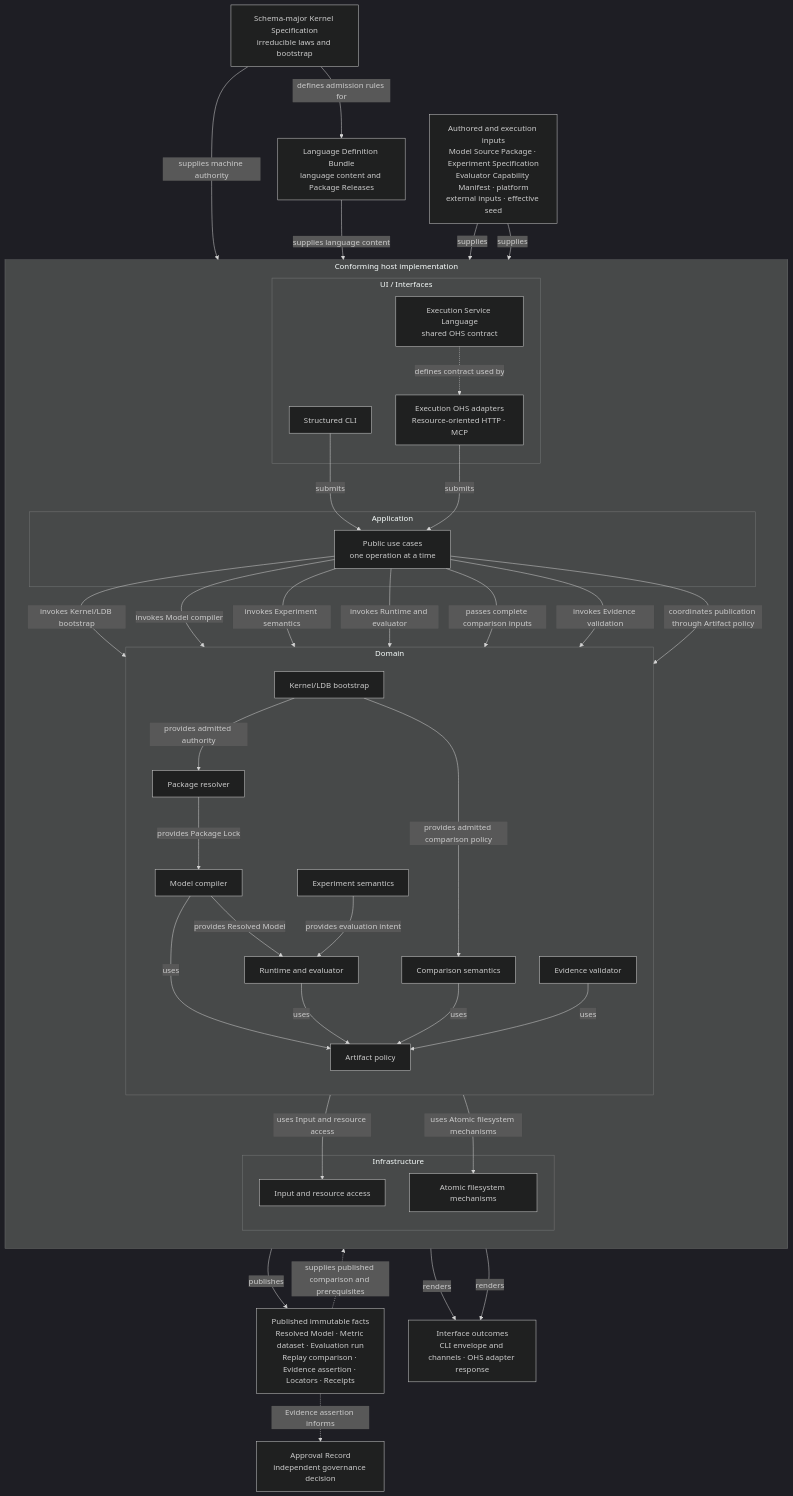
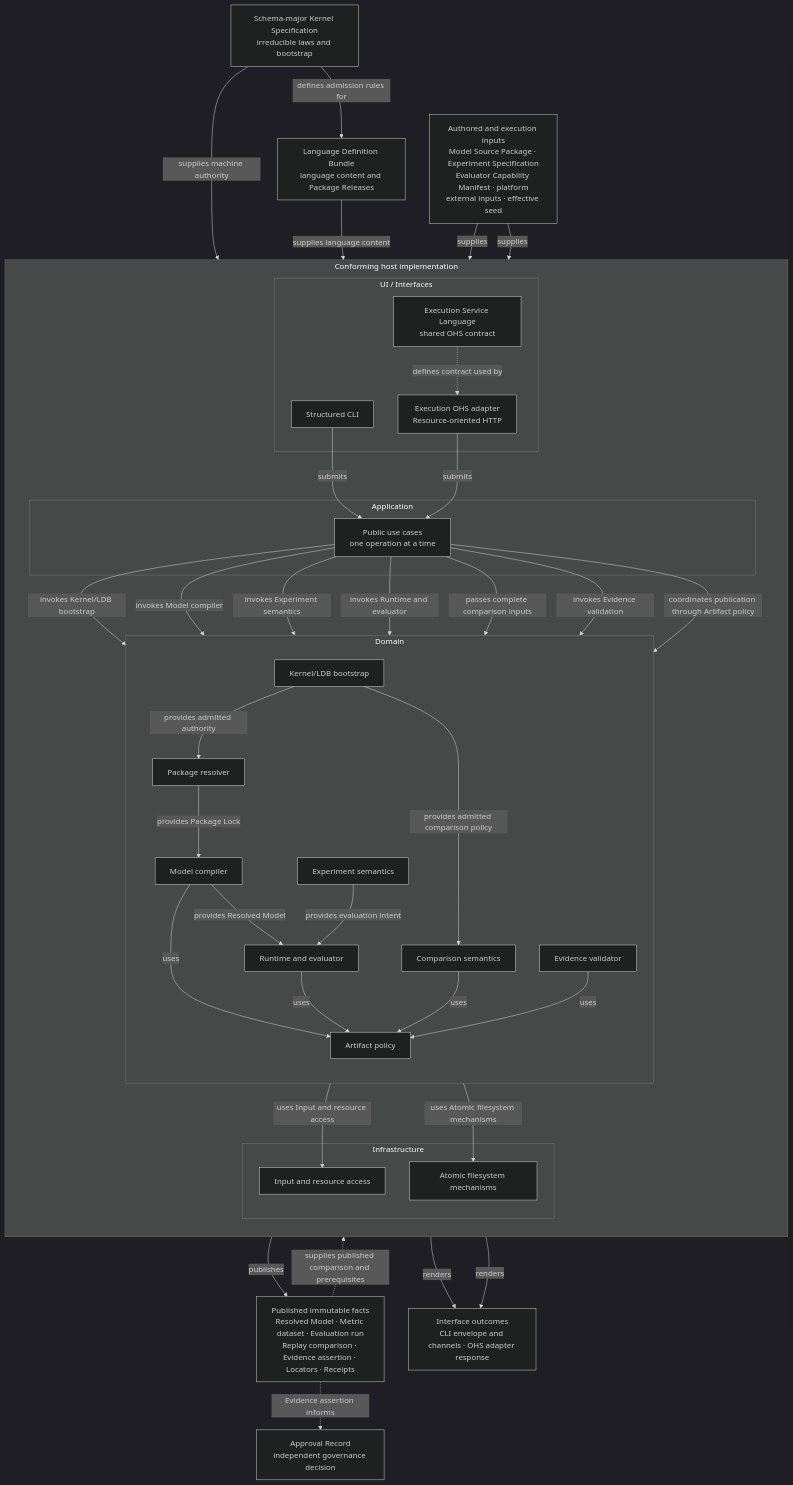
Before and after one commit to aigengame/godot-agent: the first of 4 diagrams in libs/gda-balancing/docs/ARCHITECTURE.md, drawn with Mermaid (dark theme). The commit also changed other lines of this file and 3 other files, not shown here.

````diff
--- a/libs/gda-balancing/docs/ARCHITECTURE.md
+++ b/libs/gda-balancing/docs/ARCHITECTURE.md
@@ -152,73 +152,73 @@
 ```mermaid
 flowchart TB
     K["Schema-major Kernel Specification<br/>irreducible laws and bootstrap"]
     L["Language Definition Bundle<br/>language content and Package Releases"]
     H["Authored and execution inputs<br/>Model Source Package · Experiment Specification<br/>Evaluator Capability Manifest · platform<br/>external inputs · effective seed"]
 
     K -->|"defines admission rules for"| L
 
     subgraph HOST["Conforming host implementation"]
         direction TB
         subgraph UI["UI / Interfaces"]
             U["Structured CLI"]
-            T["Execution OHS adapters<br/>Resource-oriented HTTP · MCP"]
+            T["Execution OHS adapter<br/>Resource-oriented HTTP"]
             E["Execution Service Language<br/>shared OHS contract"]
 
             E -. "defines contract used by" .-> T
         end
         subgraph APP["Application"]
             A["Public use cases<br/>one operation at a time"]
         end
         subgraph DOM["Domain"]
             direction TB
             B["Kernel/LDB bootstrap"]
             P["Package resolver"]
             C["Model compiler"]
             X["Experiment semantics"]
             R["Runtime and evaluator"]
             M["Comparison semantics"]
             V["Evidence validator"]
             Q["Artifact policy"]
 
             B -->|"provides admitted authority"| P
             B -->|"provides admitted comparison policy"| M
             P -->|"provides Package Lock"| C
             C -->|"provides Resolved Model"| R
             X -->|"provides evaluation intent"| R
             C -->|uses| Q
             R -->|uses| Q
             M -->|uses| Q
             V -->|uses| Q
         end
         subgraph INF["Infrastructure"]
             I["Input and resource access"]
             F["Atomic filesystem mechanisms"]
         end
 
         U -->|submits| A
         T -->|submits| A
         A -->|"invokes Kernel/LDB bootstrap"| B
         A -->|"invokes Model compiler"| C
         A -->|"invokes Experiment semantics"| X
         A -->|"invokes Runtime and evaluator"| R
         A -->|"passes complete comparison inputs"| M
         A -->|"invokes Evidence validation"| V
         A -->|"coordinates publication through Artifact policy"| Q
         B -->|"uses Input and resource access"| I
         Q -->|"uses Atomic filesystem mechanisms"| F
     end
 
     O["Published immutable facts<br/>Resolved Model · Metric dataset · Evaluation run<br/>Replay comparison · Evidence assertion · Locators · Receipts"]
     S["Interface outcomes<br/>CLI envelope and channels · OHS adapter response"]
     G["Approval Record<br/>independent governance decision"]
 
     K -->|"supplies machine authority"| B
     L -->|"supplies language content"| B
     H -->|supplies| U
     H -->|supplies| T
     Q -->|publishes| O
     O -. "supplies published comparison and prerequisites" .-> V
     U -->|renders| S
     T -->|renders| S
     O -. "Evidence assertion informs" .-> G
 ```
````
